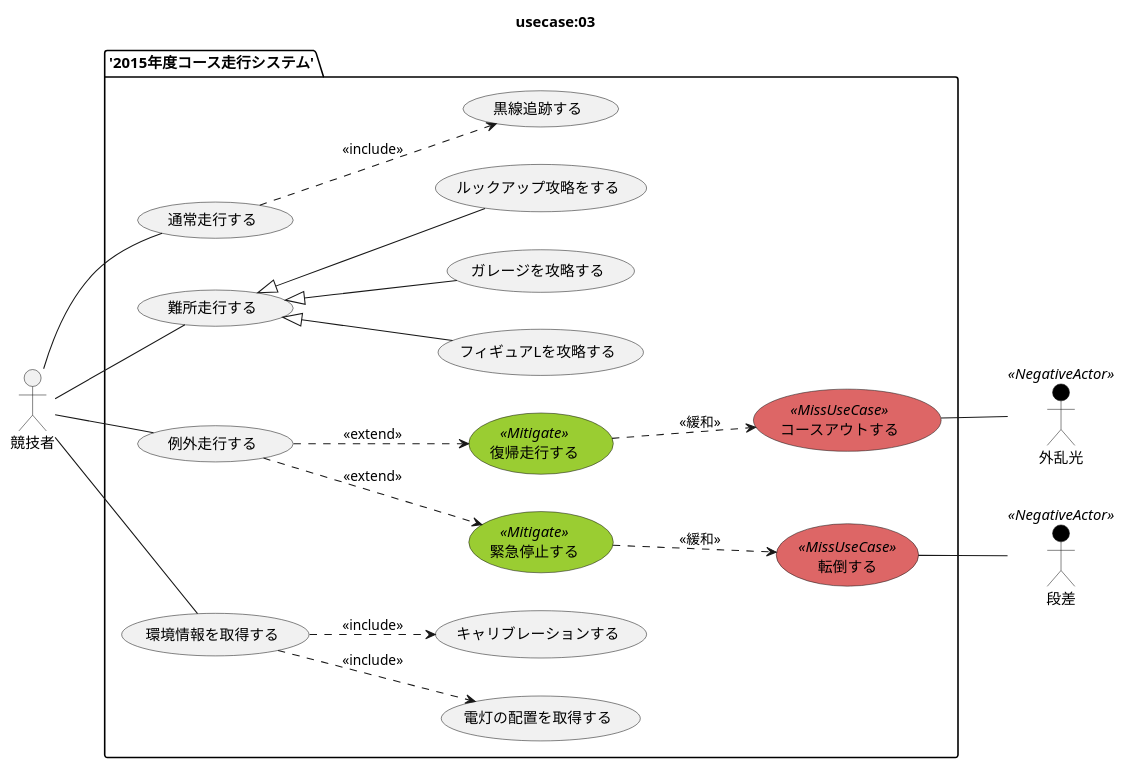
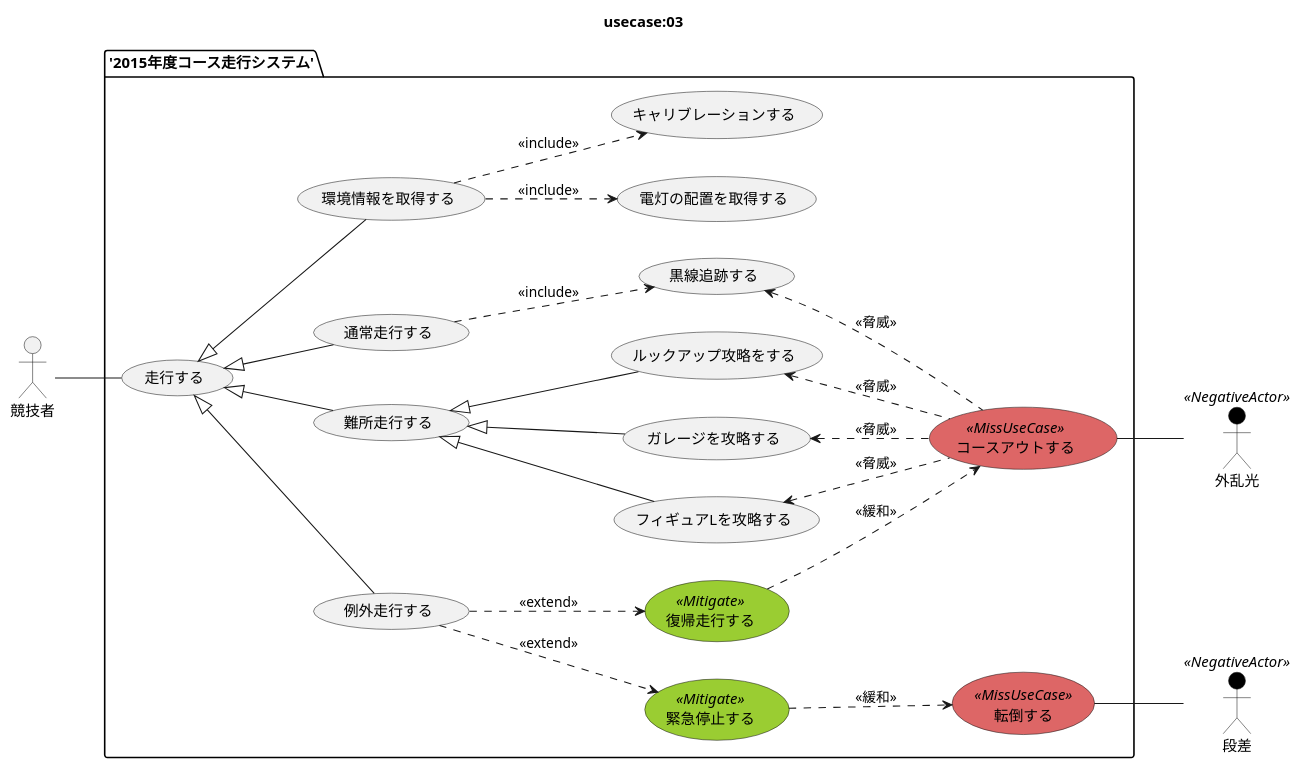
One commit to SLP-KBIT/ETR2015 changed the diagram in diagram/usecase/03/usecase.pu. Above: the diagram before and after it, drawn with PlantUML. The commit also changed 1 other file, not shown here.

Commit message:
(maxmellon:03:useacse) update usecase diagram

```diff
--- a/diagram/usecase/03/usecase.pu
+++ b/diagram/usecase/03/usecase.pu
@@ -1,68 +1,76 @@
 @startuml usecase.png
 
 title usecase:03 
 
 actor 競技者 as user
 
 left to right direction
 
 skinparam usecase {
   BackgroundColor<<MissUseCase>> #DD6666
   BackgroundColor<<Mitigate>> YellowGreen
 }
 
 skinparam actor {
   BackgroundColor<<NegativeActor>> Black
 }
 
 actor 外乱光 as noise <<NegativeActor>>
 actor 段差   as ramp  <<NegativeActor>>
 
 package '2015年度コース走行システム' {
 
+  usecase 走行する                as defalut
+
   usecase 通常走行する            as normal
   usecase 難所走行する            as different
   usecase 例外走行する            as exception
 
   usecase 黒線追跡する            as line
   usecase ガレージを攻略する      as grage
   usecase ルックアップ攻略をする  as lookup
   usecase フィギュアLを攻略する   as figureL
 
   usecase 復帰走行する            as return    <<Mitigate>>
   usecase 緊急停止する            as stop      <<Mitigate>>
 
   usecase コースアウトする        as courseout <<MissUseCase>>
   usecase 転倒する                as falling   <<MissUseCase>>
 
   usecase 環境情報を取得する      as getenv
 
   usecase 電灯の配置を取得する    as getlight
   usecase キャリブレーションする  as calb
 
-  user -- normal
-  user -- different
-  user -- exception
-  user -- getenv
+  user -- defalut
 
-  normal ..> line : <<include>>
+  defalut <|-- normal
+  defalut <|-- different
+  defalut <|-- exception
+  defalut <|-- getenv
+
+  normal ..> line    : <<include>>
+  line <.. courseout : <<脅威>>
+  grage <.. courseout : <<脅威>>
+  lookup <.. courseout : <<脅威>>
+  figureL <.. courseout : <<脅威>>
 
   different <|-- grage
   different <|-- lookup
   different <|-- figureL
 
   exception ..> return : <<extend>>
   exception ..> stop   : <<extend>>
 
   getenv ..> getlight  : <<include>>
   getenv ..> calb      : <<include>>
 
   return ..> courseout : <<緩和>>
-  stop ..> falling  : <<緩和>>
+  stop   ..> falling   : <<緩和>>
 
   courseout -- noise
   falling  -- ramp
 
 }
 
 @enduml
```
